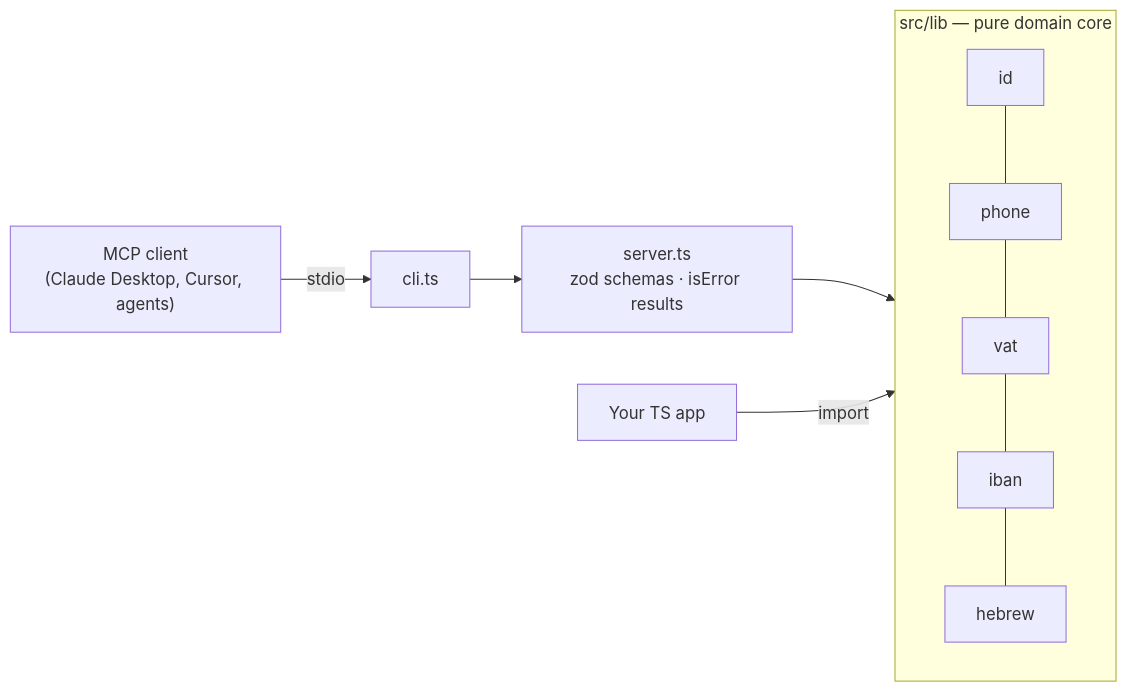
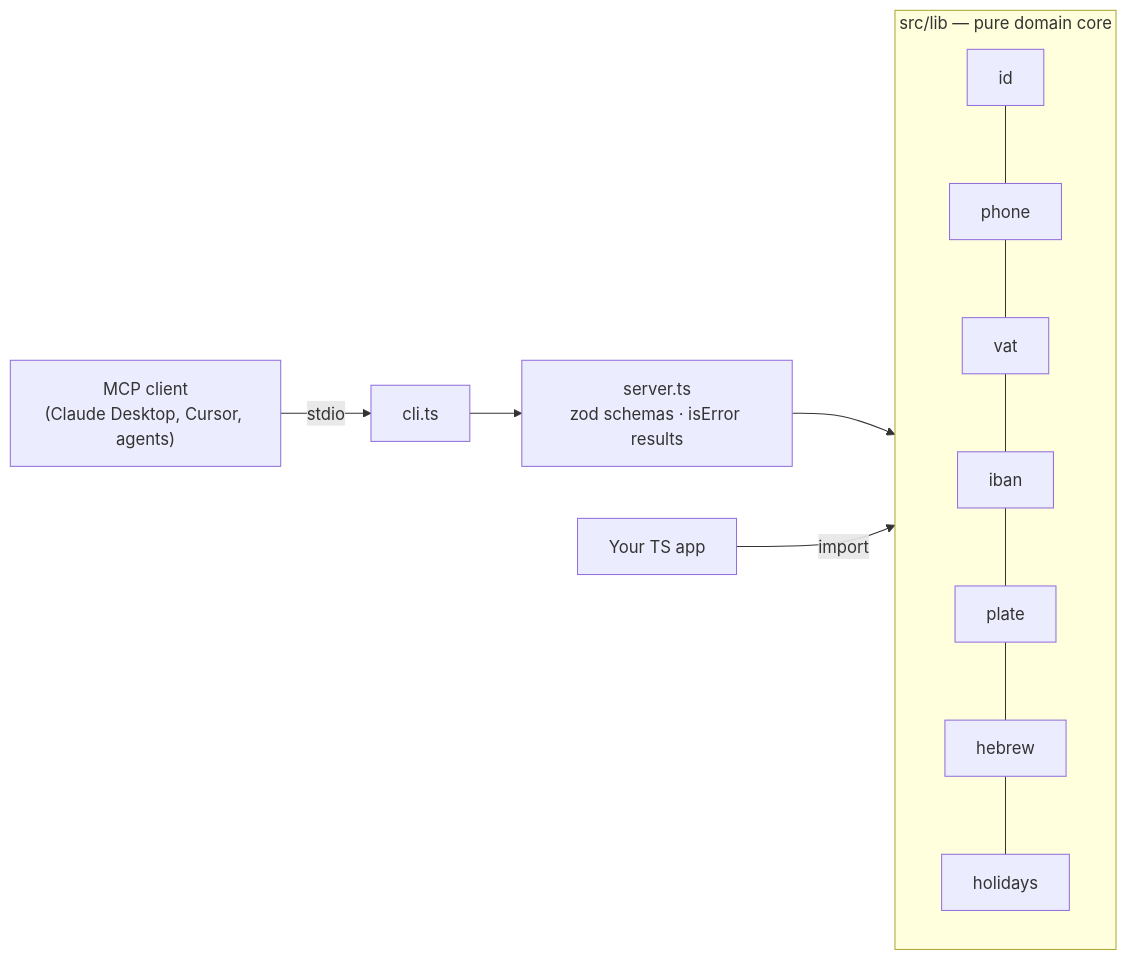
The diagram in README.md (Shtibel1/hebrew-il-mcp), drawn with Mermaid before and after one commit. The commit also changed other lines of this file and 7 other files, not shown here.

````diff
--- a/README.md
+++ b/README.md
@@ -75,10 +79,10 @@
 ```mermaid
 flowchart LR
   C["MCP client<br/>(Claude Desktop, Cursor, agents)"] -- stdio --> CLI[cli.ts]
   CLI --> S["server.ts<br/>zod schemas · isError results"]
   S --> L
   subgraph L["src/lib — pure domain core"]
-    ID[id] --- PH[phone] --- VAT[vat] --- IB[iban] --- HE[hebrew]
+    ID[id] --- PH[phone] --- VAT[vat] --- IB[iban] --- PL[plate] --- HE[hebrew] --- HO[holidays]
   end
   APP["Your TS app"] -- import --> L
 ```
````
